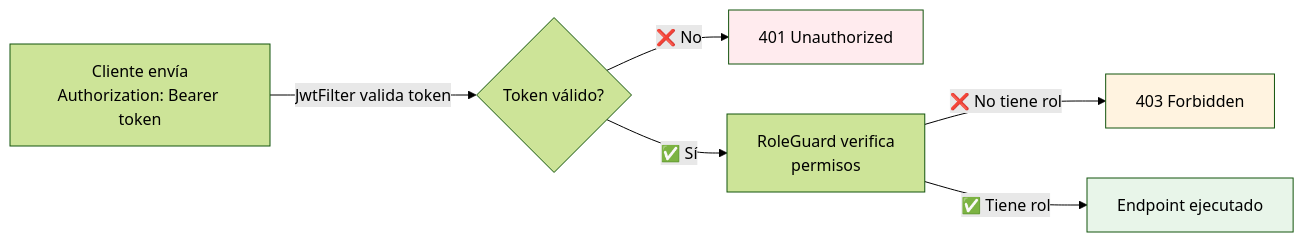
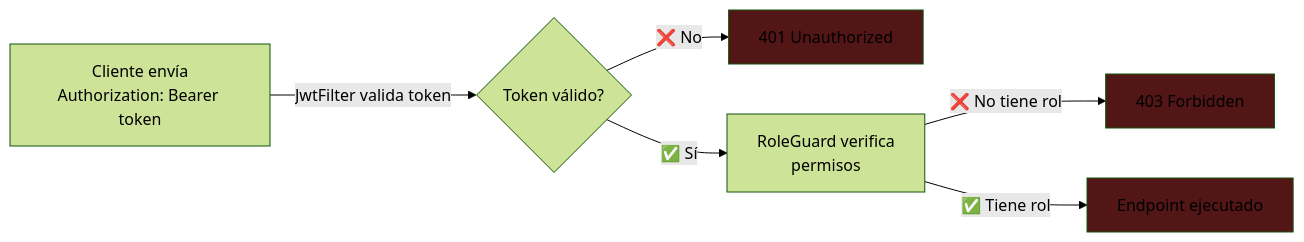
The second of 3 diagrams in docs/adapt-auth.md (GuillaumeEven/ecotrack-office), drawn with Mermaid (forest theme) before and after one commit. The commit also changed other lines of this file and 4 other files, not shown here.

````diff
--- a/docs/adapt-auth.md
+++ b/docs/adapt-auth.md
@@ -146,12 +146,12 @@
 ```mermaid
 graph LR
     A[Cliente envía<br/>Authorization: Bearer token] -->|JwtFilter valida token| B{Token válido?}
     B -->|❌ No| C[401 Unauthorized]
     B -->|✅ Sí| D[RoleGuard verifica<br/>permisos]
     D -->|❌ No tiene rol| E[403 Forbidden]
     D -->|✅ Tiene rol| F[Endpoint ejecutado]
     
-    style C fill:#ffebee
-    style E fill:#fff3e0
-    style F fill:#e8f5e9
+    style C fill:#521616
+    style E fill:#521616
+    style F fill:#521616
 ```
````
